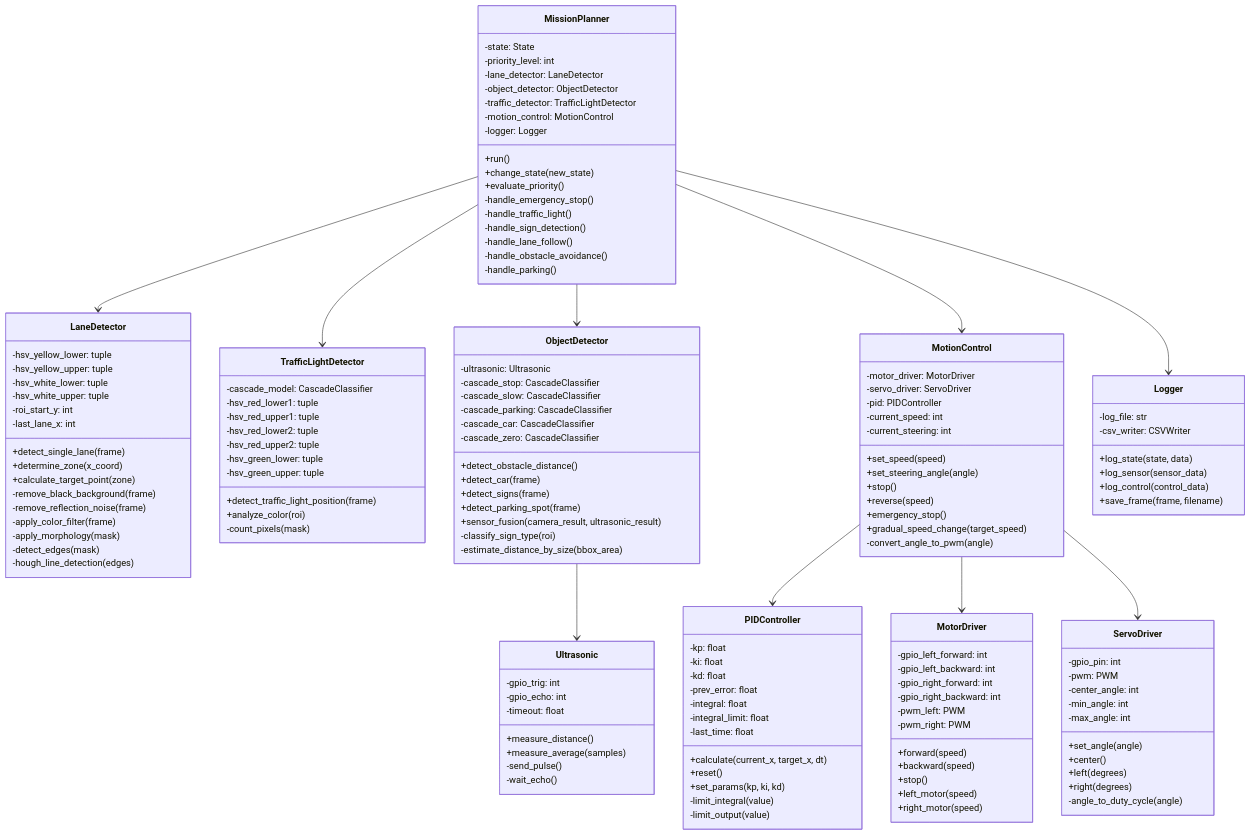
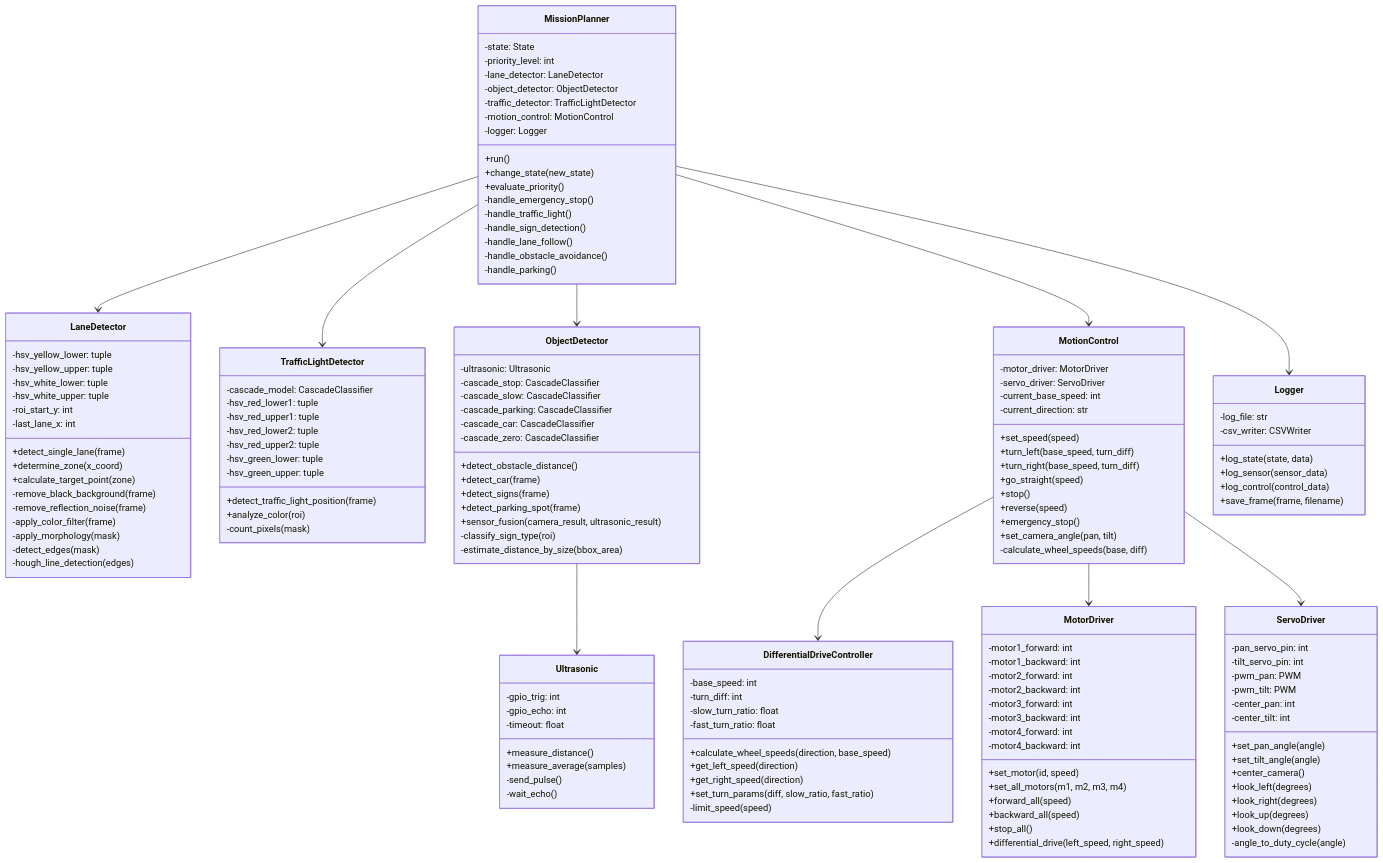
Before and after one commit to Collegenie-X/Raspbot-v2-self-driving-car: diagram 35 of 44 in 06_final_self_driving/_1단계_요구사항_분석.md, drawn with Mermaid. The commit also changed other lines of this file and 5 other files, not shown here.

````diff
--- a/06_final_self_driving/_1단계_요구사항_분석.md
+++ b/06_final_self_driving/_1단계_요구사항_분석.md
@@ -1620,60 +1675,65 @@
         -estimate_distance_by_size(bbox_area)
     }
     
-    class PIDController {
-        -kp: float
-        -ki: float
-        -kd: float
-        -prev_error: float
-        -integral: float
-        -integral_limit: float
-        -last_time: float
-        +calculate(current_x, target_x, dt)
-        +reset()
-        +set_params(kp, ki, kd)
-        -limit_integral(value)
-        -limit_output(value)
+    class DifferentialDriveController {
+        -base_speed: int
+        -turn_diff: int
+        -slow_turn_ratio: float
+        -fast_turn_ratio: float
+        +calculate_wheel_speeds(direction, base_speed)
+        +get_left_speed(direction)
+        +get_right_speed(direction)
+        +set_turn_params(diff, slow_ratio, fast_ratio)
+        -limit_speed(speed)
     }
     
     class MotionControl {
         -motor_driver: MotorDriver
         -servo_driver: ServoDriver
-        -pid: PIDController
-        -current_speed: int
-        -current_steering: int
+        -current_base_speed: int
+        -current_direction: str
         +set_speed(speed)
-        +set_steering_angle(angle)
+        +turn_left(base_speed, turn_diff)
+        +turn_right(base_speed, turn_diff)
+        +go_straight(speed)
         +stop()
         +reverse(speed)
         +emergency_stop()
-        +gradual_speed_change(target_speed)
-        -convert_angle_to_pwm(angle)
+        +set_camera_angle(pan, tilt)
+        -calculate_wheel_speeds(base, diff)
     }
     
     class MotorDriver {
-        -gpio_left_forward: int
-        -gpio_left_backward: int
-        -gpio_right_forward: int
-        -gpio_right_backward: int
-        -pwm_left: PWM
-        -pwm_right: PWM
-        +forward(speed)
-        +backward(speed)
-        +stop()
-        +left_motor(speed)
-        +right_motor(speed)
+        -motor1_forward: int
+        -motor1_backward: int
+        -motor2_forward: int
+        -motor2_backward: int
+        -motor3_forward: int
+        -motor3_backward: int
+        -motor4_forward: int
+        -motor4_backward: int
+        +set_motor(id, speed)
+        +set_all_motors(m1, m2, m3, m4)
+        +forward_all(speed)
+        +backward_all(speed)
+        +stop_all()
+        +differential_drive(left_speed, right_speed)
     }
     
     class ServoDriver {
-        -gpio_pin: int
-        -pwm: PWM
-        -center_angle: int
-        -min_angle: int
-        -max_angle: int
-        +set_angle(angle)
-        +center()
-        +left(degrees)
-        +right(degrees)
+        -pan_servo_pin: int
+        -tilt_servo_pin: int
+        -pwm_pan: PWM
+        -pwm_tilt: PWM
+        -center_pan: int
+        -center_tilt: int
+        +set_pan_angle(angle)
+        +set_tilt_angle(angle)
+        +center_camera()
+        +look_left(degrees)
+        +look_right(degrees)
+        +look_up(degrees)
+        +look_down(degrees)
         -angle_to_duty_cycle(angle)
     }
     
@@ -1702,7 +1762,7 @@
     MissionPlanner --> MotionControl
     MissionPlanner --> Logger
     ObjectDetector --> Ultrasonic
-    MotionControl --> PIDController
+    MotionControl --> DifferentialDriveController
     MotionControl --> MotorDriver
     MotionControl --> ServoDriver
 ```
````
